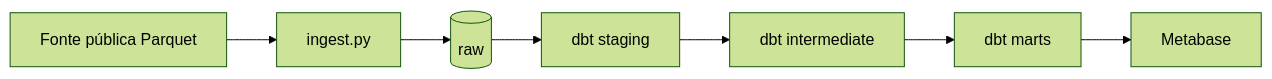
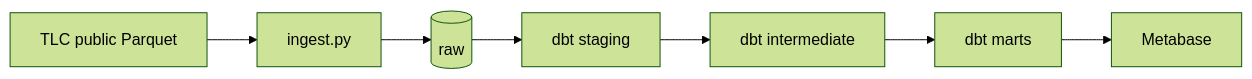
One commit to mrafalsk1/tlc-elt changed the diagram in README.md. Above: the diagram before and after it, drawn with Mermaid (forest theme). The commit also changed other lines of this file and 2 other files, not shown here.

````diff
--- a/README.md
+++ b/README.md
@@ -26,9 +34,9 @@
 ```mermaid
 flowchart LR
-    A[Fonte pública Parquet] --> B[ingest.py]
+    A[TLC public Parquet] --> B[ingest.py]
     B --> C[(raw)]
     C --> D[dbt staging]
     D --> E[dbt intermediate]
     E --> F[dbt marts]
     F --> G[Metabase]
 ```
````
